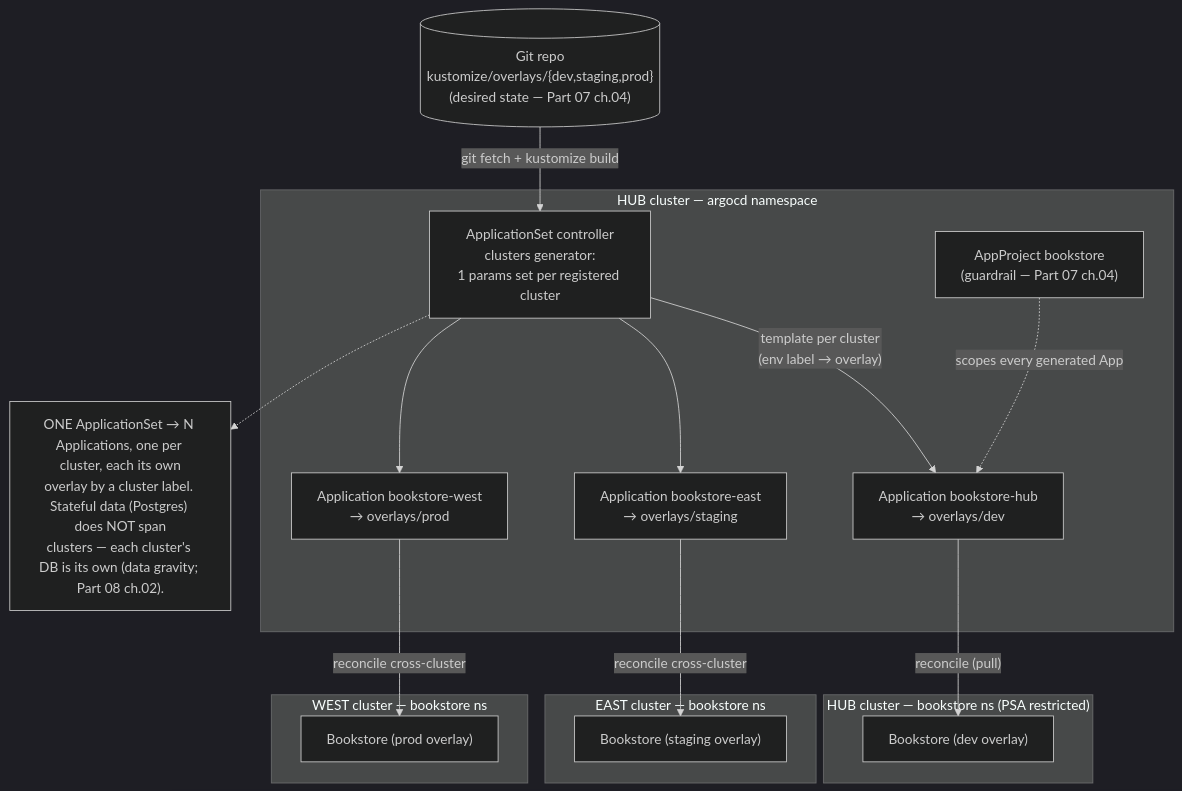
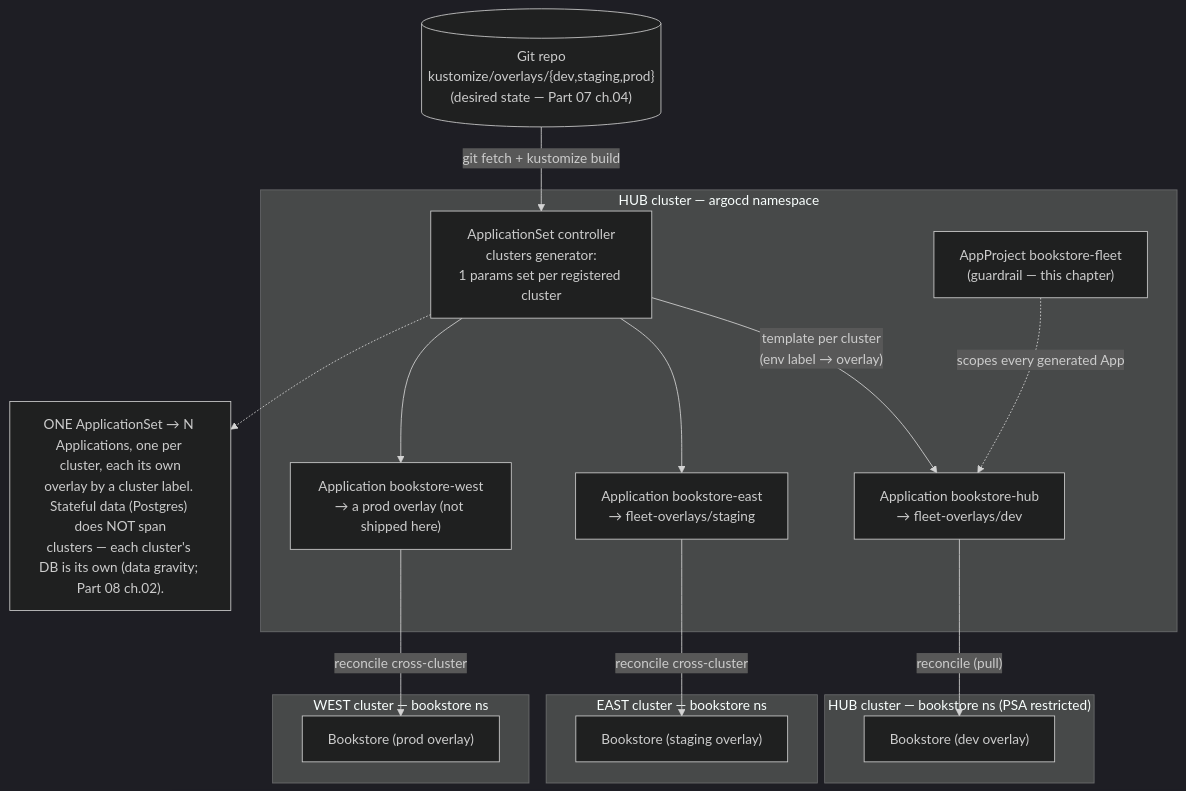
The diagram in full-guide/11-advanced-production-patterns/06-multi-cluster-and-fleet.md (abd-ulbasit/bookstore-kubernetes-guide), drawn with Mermaid (dark theme) before and after one commit. The commit also changed other lines of this file and 9 other files, not shown here.

````diff
--- a/full-guide/11-advanced-production-patterns/06-multi-cluster-and-fleet.md
+++ b/full-guide/11-advanced-production-patterns/06-multi-cluster-and-fleet.md
@@ -111,33 +131,33 @@
 ```mermaid
 flowchart TB
     git[("Git repo<br/>kustomize/overlays/{dev,staging,prod}<br/>(desired state — Part 07 ch.04)")]
 
     subgraph hub["HUB cluster — argocd namespace"]
       asc["ApplicationSet controller<br/>clusters generator:<br/>1 params set per registered cluster"]
-      appHub["Application bookstore-hub<br/>→ overlays/dev"]
-      appEast["Application bookstore-east<br/>→ overlays/staging"]
-      appWest["Application bookstore-west<br/>→ overlays/prod"]
-      proj["AppProject bookstore<br/>(guardrail — Part 07 ch.04)"]
+      appHub["Application bookstore-hub<br/>→ fleet-overlays/dev"]
+      appEast["Application bookstore-east<br/>→ fleet-overlays/staging"]
+      appWest["Application bookstore-west<br/>→ a prod overlay (not shipped here)"]
+      proj["AppProject bookstore-fleet<br/>(guardrail — this chapter)"]
     end
 
     subgraph hubc["HUB cluster — bookstore ns (PSA restricted)"]
       lh["Bookstore (dev overlay)"]
     end
     subgraph east["EAST cluster — bookstore ns"]
       le["Bookstore (staging overlay)"]
     end
     subgraph west["WEST cluster — bookstore ns"]
       lw["Bookstore (prod overlay)"]
     end
 
     git -->|"git fetch + kustomize build"| asc
     asc -->|"template per cluster<br/>(env label → overlay)"| appHub
     asc --> appEast
     asc --> appWest
     proj -. "scopes every generated App" .-> appHub
     appHub -->|"reconcile (pull)"| lh
     appEast -->|"reconcile cross-cluster"| le
     appWest -->|"reconcile cross-cluster"| lw
     note["ONE ApplicationSet → N Applications, one per cluster, each its own<br/>overlay by a cluster label. Stateful data (Postgres) does NOT span<br/>clusters — each cluster's DB is its own (data gravity; Part 08 ch.02)."]
     asc -.-> note
 ```
````
